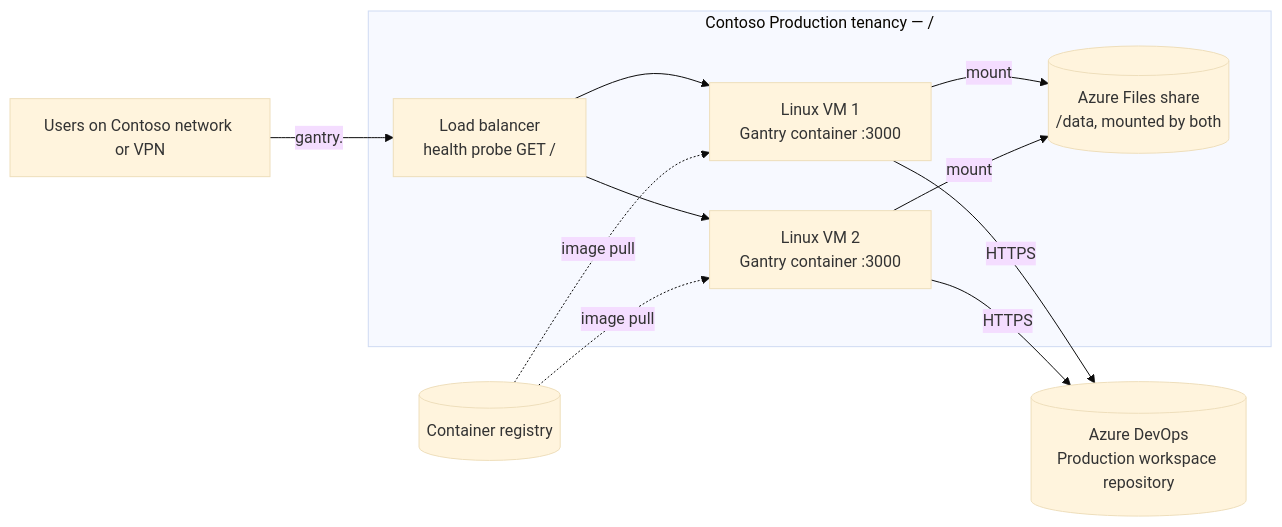
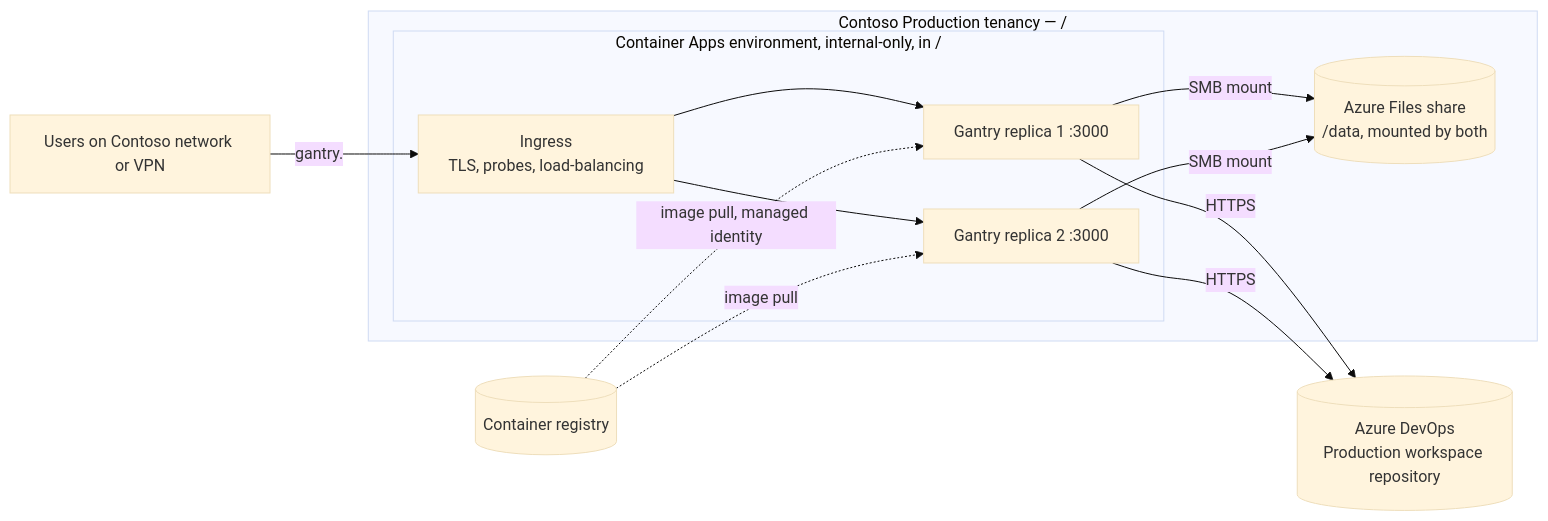
Before and after one commit to cgbarlow/gantry: the fourth of 4 diagrams in instances/gantry/modules/solution-definition.md, drawn with Mermaid (base theme). The commit also changed other lines of this file and 11 other files, not shown here.

First line of the commit message:
Revise the gantry hosting SOAP to Azure Container Apps (WI #354); 0.3.1-beta

````diff
--- a/instances/gantry/modules/solution-definition.md
+++ b/instances/gantry/modules/solution-definition.md
@@ -74,18 +78,20 @@
 ```mermaid
 flowchart LR
-  U[Users on Contoso network or VPN] -- "gantry.<internal-domain>" --> LB
+  U[Users on Contoso network or VPN] -- "gantry.<internal-domain>" --> ING
   subgraph PROD["Contoso Production tenancy — <contoso-prod-subscription> / <rg-gantry-prod>"]
-    LB["Load balancer\nhealth probe GET /"]
-    VM1["Linux VM 1\nGantry container :3000"]
-    VM2["Linux VM 2\nGantry container :3000"]
+    subgraph ENV["Container Apps environment, internal-only, in <vnet-prod>/<subnet-aca>"]
+      ING["Ingress\nTLS, probes, load-balancing"]
+      R1["Gantry replica 1 :3000"]
+      R2["Gantry replica 2 :3000"]
+      ING --> R1
+      ING --> R2
+    end
     FS[("Azure Files share\n/data, mounted by both")]
-    LB --> VM1
-    LB --> VM2
-    VM1 -- mount --> FS
-    VM2 -- mount --> FS
+    R1 -- SMB mount --> FS
+    R2 -- SMB mount --> FS
   end
-  VM1 -- HTTPS --> ADO[("Azure DevOps\nProduction workspace repository")]
-  VM2 -- HTTPS --> ADO
-  REG[("Container registry")] -. image pull .-> VM1
-  REG -. image pull .-> VM2
+  R1 -- HTTPS --> ADO[("Azure DevOps\nProduction workspace repository")]
+  R2 -- HTTPS --> ADO
+  REG[("Container registry")] -. image pull, managed identity .-> R1
+  REG -. image pull .-> R2
 ```
````
